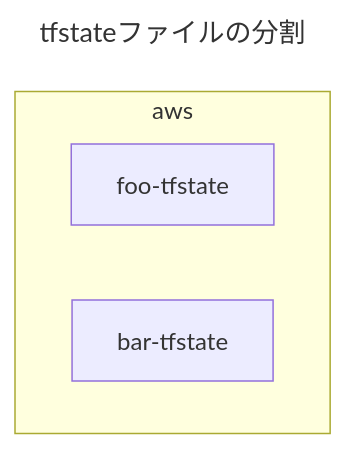
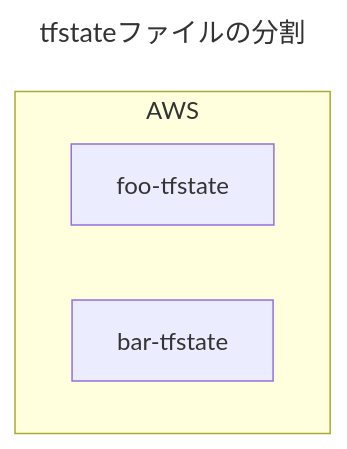
The first of 12 diagrams in dist/entry/2023/07/01/180257.md (hiroki-it/hatenablog), drawn with Mermaid before and after one commit. The commit also changed other lines of this file, not shown here.

````diff
--- a/dist/entry/2023/07/01/180257.md
+++ b/dist/entry/2023/07/01/180257.md
@@ -107,11 +107,11 @@
 ```mermaid
 ---
 title: tfstateファイルの分割
 ---
 %%{init:{'theme':'natural'}}%%
 flowchart TB
-    subgraph aws
+    subgraph AWS
         Foo[foo-tfstate]
         Bar[bar-tfstate]
     end
 ```
````
